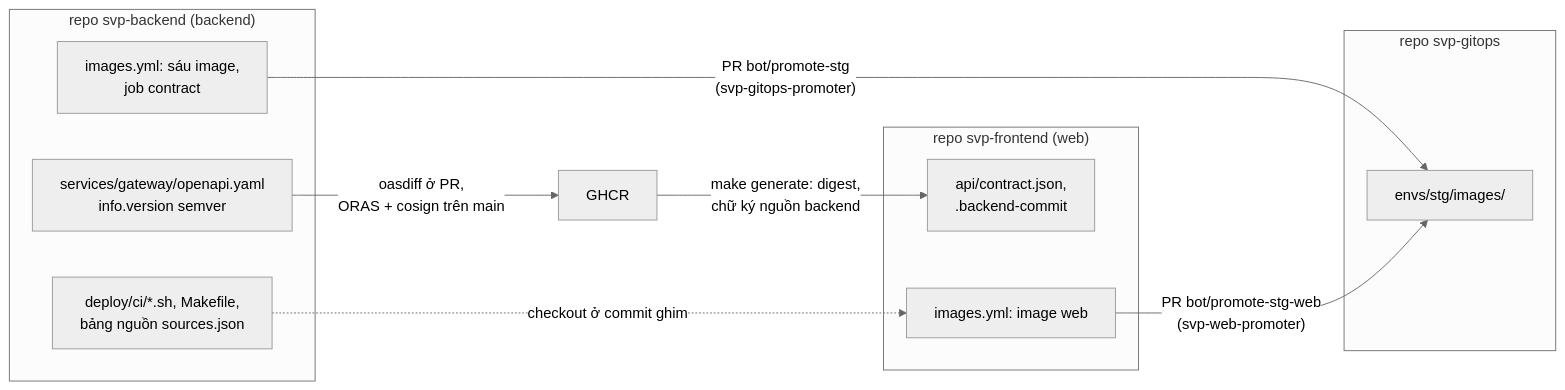
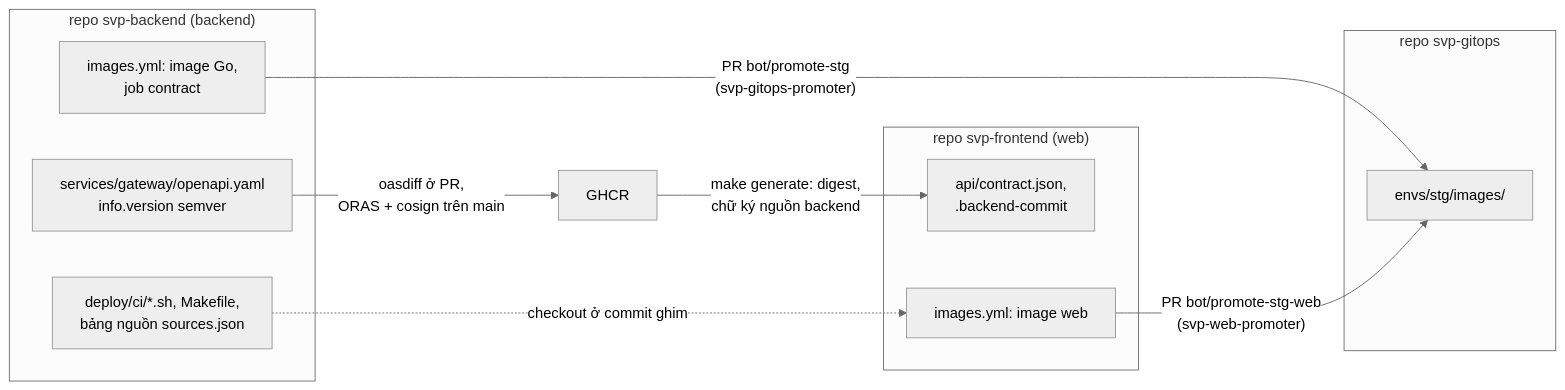
Before and after one commit to anhnvcoder/svp-backend: the fourth of 4 diagrams in docs/explanation/delivery.md, drawn with Mermaid (neutral theme). The commit also changed other lines of this file and 157 other files, not shown here.

````diff
--- a/docs/explanation/delivery.md
+++ b/docs/explanation/delivery.md
@@ -236,21 +319,21 @@
 ```mermaid
 flowchart LR
     subgraph be["repo svp-backend (backend)"]
         spec["services/gateway/openapi.yaml<br/>info.version semver"]
-        beimg["images.yml: sáu image,<br/>job contract"]
+        beimg["images.yml: image Go,<br/>job contract"]
         ci["deploy/ci/*.sh, Makefile,<br/>bảng nguồn sources.json"]
     end
     subgraph fe["repo svp-frontend (web)"]
         pin["api/contract.json,<br/>.backend-commit"]
         feimg["images.yml: image web"]
     end
     subgraph cfg["repo svp-gitops"]
         stg["envs/stg/images/"]
     end
     ghcr["GHCR"]
     spec -->|"oasdiff ở PR,<br/>ORAS + cosign trên main"| ghcr
     ghcr -->|"make generate: digest,<br/>chữ ký nguồn backend"| pin
     ci -.->|"checkout ở commit ghim"| feimg
     beimg -->|"PR bot/promote-stg<br/>(svp-gitops-promoter)"| stg
     feimg -->|"PR bot/promote-stg-web<br/>(svp-web-promoter)"| stg
 ```
````
